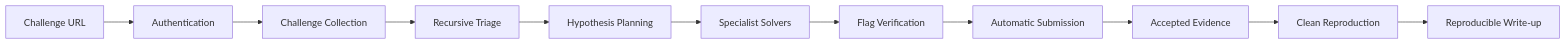
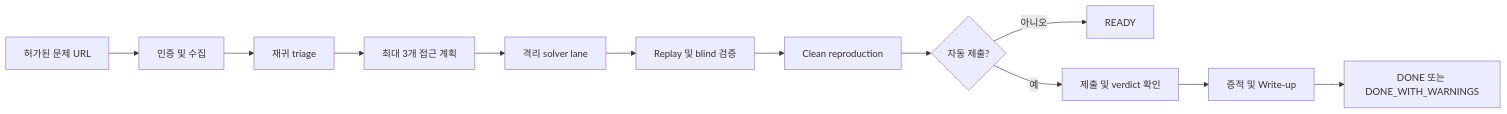
Before and after one commit to Clotilde030603/ctf-agent-codex: the diagram in README.ko.md, drawn with Mermaid. The commit also changed other lines of this file and 2 other files, not shown here.

````diff
--- a/README.ko.md
+++ b/README.ko.md
@@ -78,13 +46,14 @@
 ```mermaid
 flowchart LR
-    A[Challenge URL] --> B[Authentication]
-    B --> C[Challenge Collection]
-    C --> D[Recursive Triage]
-    D --> E[Hypothesis Planning]
-    E --> F[Specialist Solvers]
-    F --> G[Flag Verification]
-    G --> H[Automatic Submission]
-    H --> I[Accepted Evidence]
-    I --> J[Clean Reproduction]
-    J --> K[Reproducible Write-up]
+    A[허가된 문제 URL] --> B[인증 및 수집]
+    B --> C[재귀 triage]
+    C --> D[최대 3개 접근 계획]
+    D --> E[격리 solver lane]
+    E --> F[Replay 및 blind 검증]
+    F --> G[Clean reproduction]
+    G --> H{자동 제출?}
+    H -- 아니오 --> I[READY]
+    H -- 예 --> J[제출 및 verdict 확인]
+    J --> K[증적 및 Write-up]
+    K --> L[DONE 또는 DONE_WITH_WARNINGS]
 ```
````
